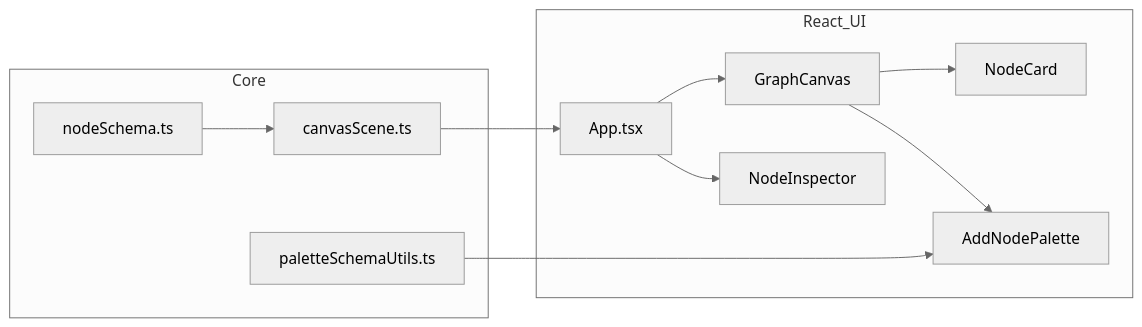
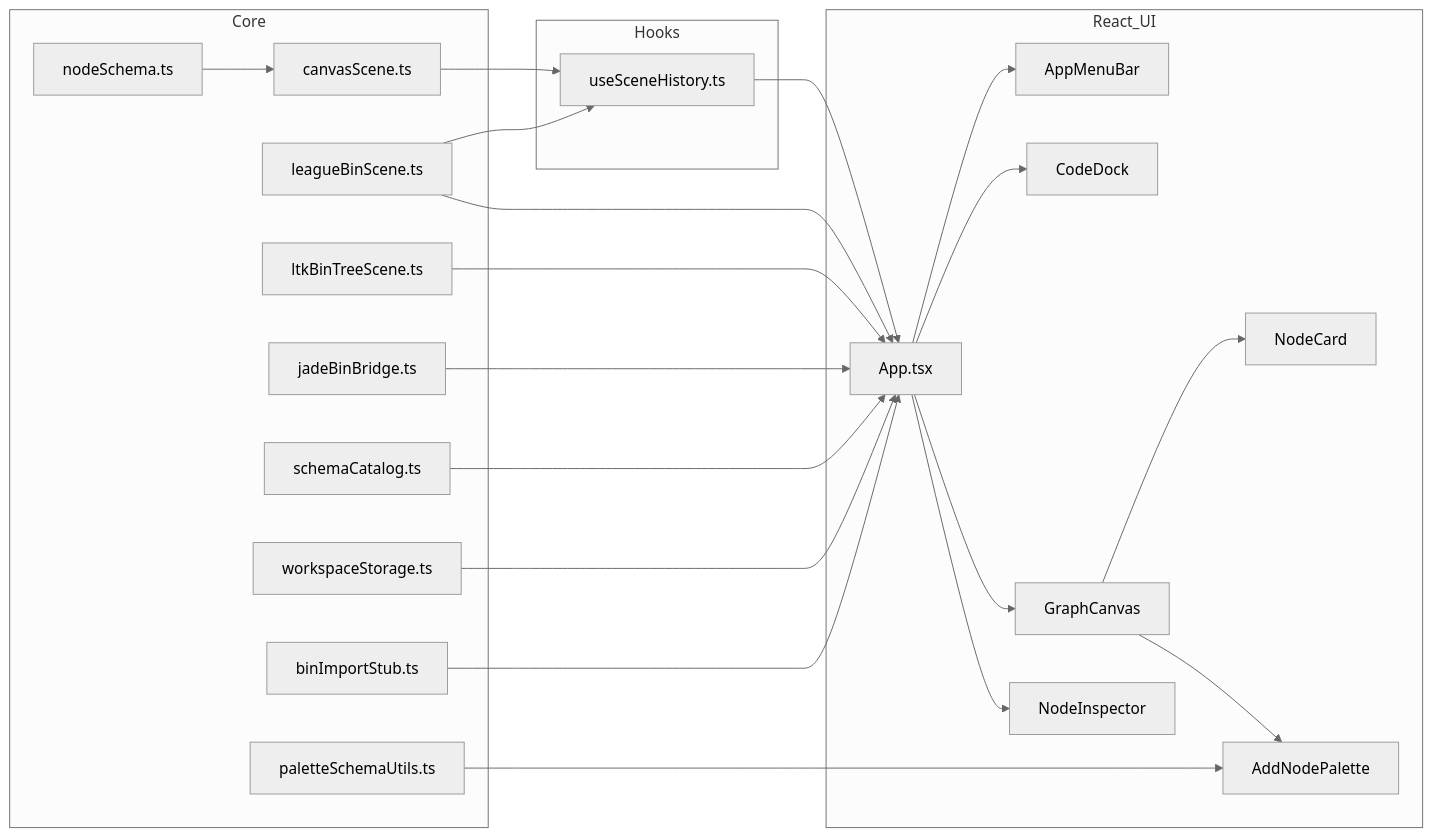
One commit to JunioCesar96/Node-Graphs-League-of-Legends changed the diagram in AUDITORIA.md. Above: the diagram before and after it, drawn with Mermaid (neutral theme). The commit also changed other lines of this file and 60 other files, not shown here.

````diff
--- a/AUDITORIA.md
+++ b/AUDITORIA.md
@@ -68,22 +98,43 @@
 ```mermaid
 flowchart LR
   subgraph core [Core]
     nodeSchema[nodeSchema.ts]
     canvasScene[canvasScene.ts]
+    leagueBin[leagueBinScene.ts]
+    ltkBin[ltkBinTreeScene.ts]
+    jadeBridge[jadeBinBridge.ts]
+    catalog[schemaCatalog.ts]
+    workspaceStorage[workspaceStorage.ts]
+    binStub[binImportStub.ts]
     paletteUtils[paletteSchemaUtils.ts]
+  end
+  subgraph hooks [Hooks]
+    useScene[useSceneHistory.ts]
   end
   subgraph ui [React_UI]
     App[App.tsx]
     GraphCanvas[GraphCanvas]
     NodeCard[NodeCard]
     Palette[AddNodePalette]
     Inspector[NodeInspector]
+    Menu[AppMenuBar]
+    Dock[CodeDock]
   end
-  canvasScene --> App
+  canvasScene --> useScene
+  leagueBin --> useScene
+  ltkBin --> App
+  jadeBridge --> App
+  leagueBin --> App
+  workspaceStorage --> App
+  binStub --> App
   nodeSchema --> canvasScene
+  catalog --> App
+  useScene --> App
   paletteUtils --> Palette
+  App --> Menu
+  App --> Dock
   App --> GraphCanvas
   App --> Inspector
   GraphCanvas --> NodeCard
   GraphCanvas --> Palette
 ```
````
